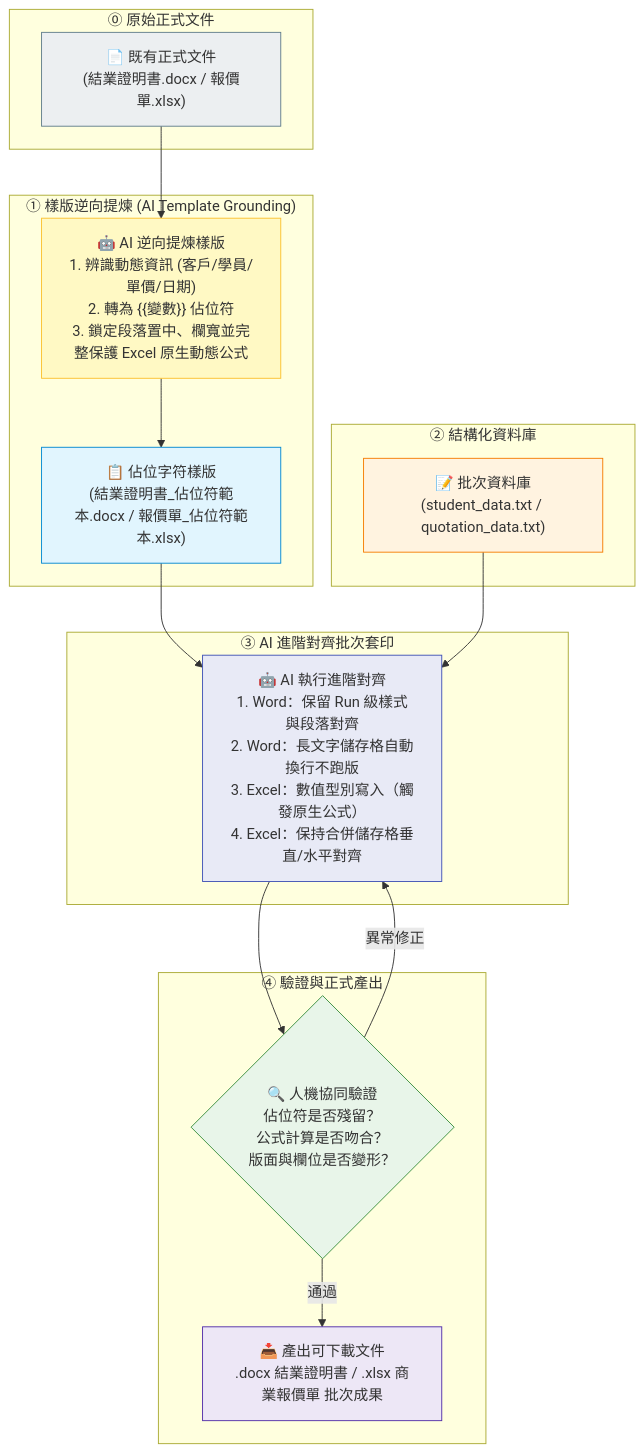
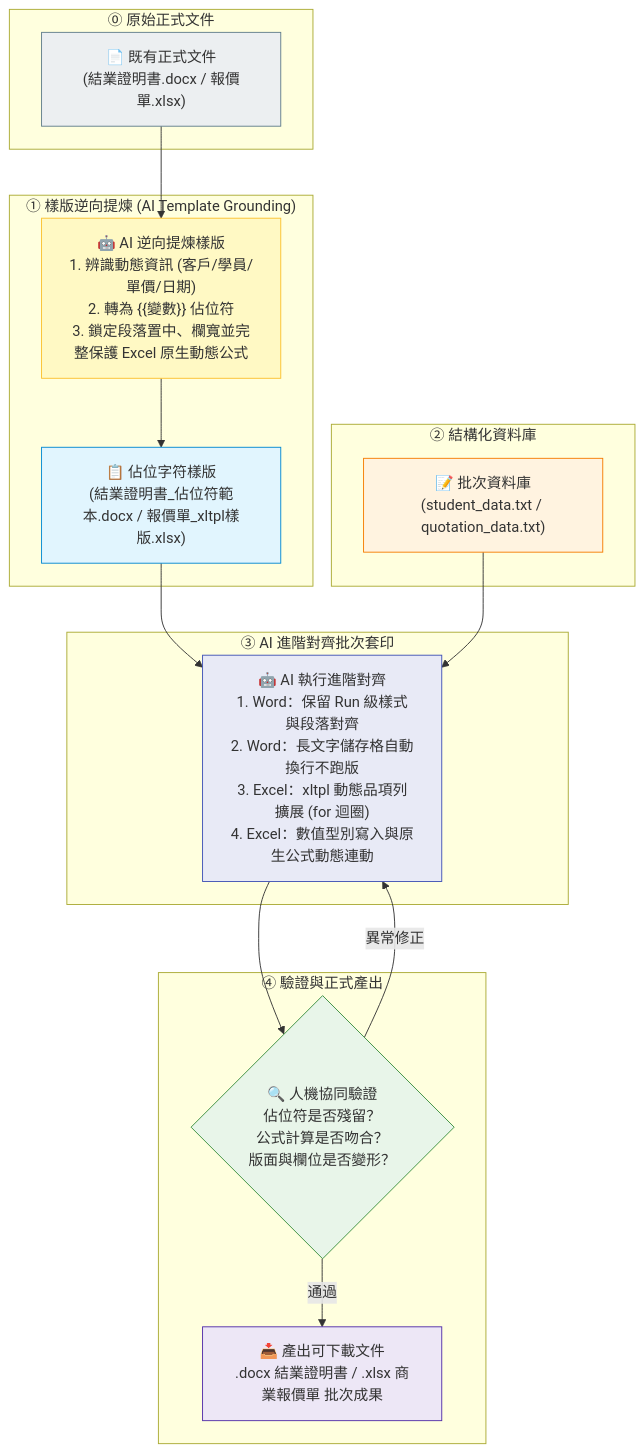
One commit to roberthsu2003/workflow-productivity changed the first of 2 diagrams in 常見的AI應用/office辦公室應用進階的對齊/README.md. Above: the diagram before and after it, drawn with Mermaid. The commit also changed other lines of this file and 8 other files, not shown here.

````diff
--- a/常見的AI應用/office辦公室應用進階的對齊/README.md
+++ b/常見的AI應用/office辦公室應用進階的對齊/README.md
@@ -16,40 +16,40 @@
 ```mermaid
 flowchart TD
     subgraph 原始素材["⓪ 原始正式文件"]
         R["📄 既有正式文件\n(結業證明書.docx / 報價單.xlsx)"]
     end
 
     subgraph 樣版生成["① 樣版逆向提煉 (AI Template Grounding)"]
         EX["🤖 AI 逆向提煉樣版\n1. 辨識動態資訊 (客戶/學員/單價/日期)\n2. 轉為 {{變數}} 佔位符\n3. 鎖定段落置中、欄寬並完整保護 Excel 原生動態公式"]
-        T["📋 佔位字符樣版\n(結業證明書_佔位符範本.docx / 報價單_佔位符範本.xlsx)"]
+        T["📋 佔位字符樣版\n(結業證明書_佔位符範本.docx / 報價單_xltpl樣版.xlsx)"]
     end
 
     subgraph 準備階段["② 結構化資料庫"]
         D["📝 批次資料庫\n(student_data.txt / quotation_data.txt)"]
     end
 
     subgraph 對齊核心["③ AI 進階對齊批次套印"]
-        P["🤖 AI 執行進階對齊\n1. Word：保留 Run 級樣式與段落對齊\n2. Word：長文字儲存格自動換行不跑版\n3. Excel：數值型別寫入（觸發原生公式）\n4. Excel：保持合併儲存格垂直/水平對齊"]
+        P["🤖 AI 執行進階對齊\n1. Word：保留 Run 級樣式與段落對齊\n2. Word：長文字儲存格自動換行不跑版\n3. Excel：xltpl 動態品項列擴展 (for 迴圈)\n4. Excel：數值型別寫入與原生公式動態連動"]
     end
 
     subgraph 交付階段["④ 驗證與正式產出"]
         V{"🔍 人機協同驗證\n佔位符是否殘留？\n公式計算是否吻合？\n版面與欄位是否變形？"}
         O["📥 產出可下載文件\n.docx 結業證明書 / .xlsx 商業報價單 批次成果"]
     end
 
     R --> EX
     EX --> T
     T --> P
     D --> P
     P --> V
     V -- 通過 --> O
     V -- 異常修正 --> P
 
     style R fill:#ECEFF1,stroke:#607D8B
     style EX fill:#FFF9C4,stroke:#FBC02D
     style T fill:#E1F5FE,stroke:#0288D1
     style D fill:#FFF3E0,stroke:#F57C00
     style P fill:#E8EAF6,stroke:#3F51B5
     style V fill:#E8F5E9,stroke:#388E3C
     style O fill:#EDE7F6,stroke:#512DA8
 ```
````
